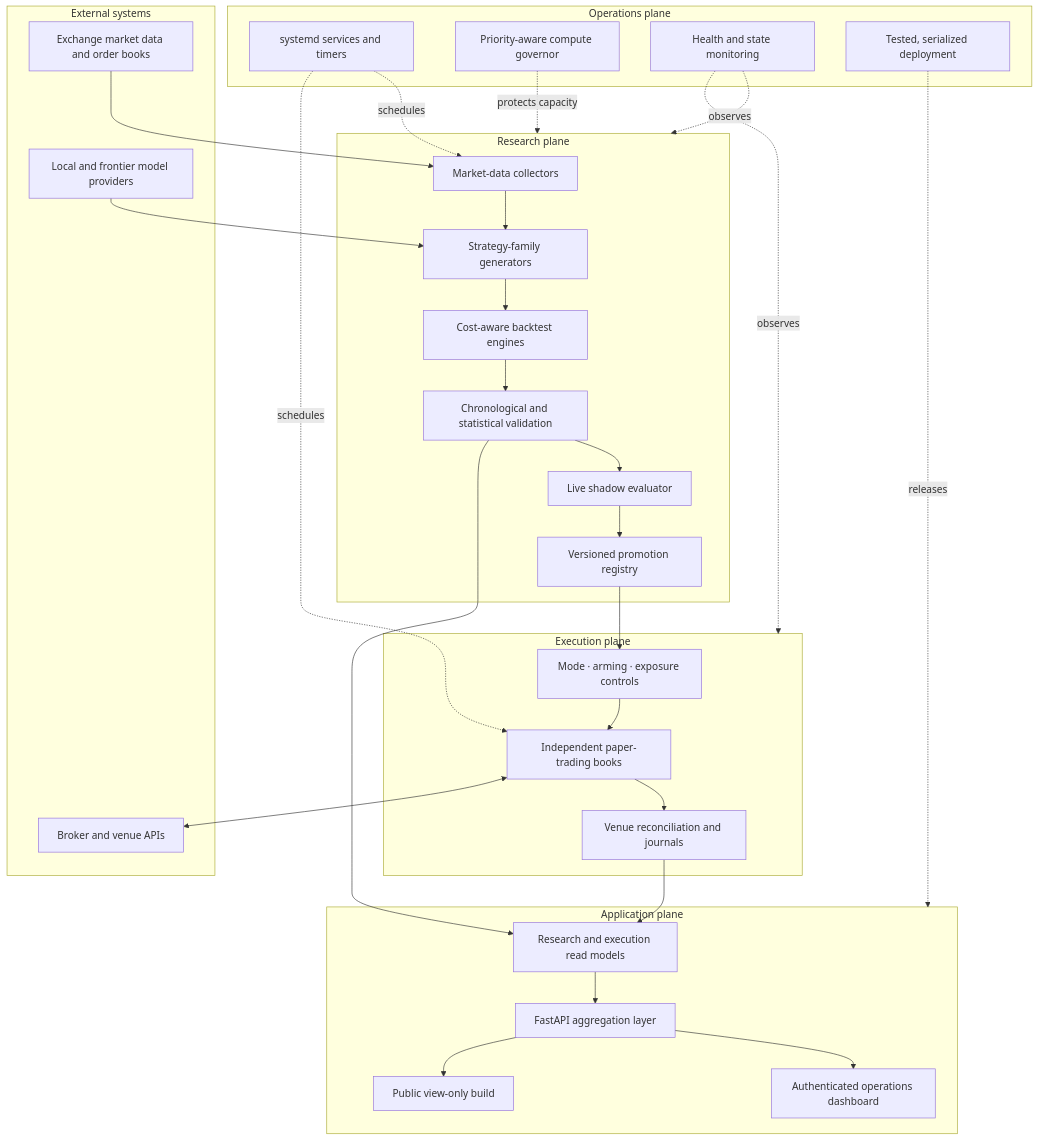
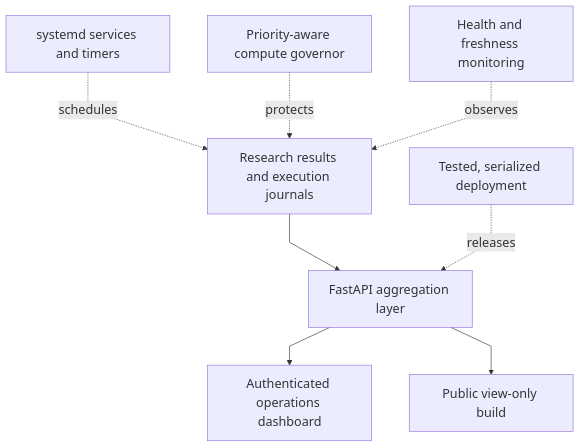
Before and after one commit to rohanjoglekar/forge-demo: the third of 3 diagrams in docs/ARCHITECTURE.md, drawn with Mermaid. The commit also changed other lines of this file and 3 other files, not shown here.

Commit message:
docs: improve diagrams and project narrative

````diff
--- a/docs/ARCHITECTURE.md
+++ b/docs/ARCHITECTURE.md
@@ -13,54 +39,11 @@
 ```mermaid
+%%{init: {"themeVariables": {"fontSize": "20px"}, "flowchart": {"nodeSpacing": 60, "rankSpacing": 60, "curve": "linear"}}}%%
 flowchart TB
-    subgraph external["External systems"]
-        market["Exchange market data and order books"]
-        brokers["Broker and venue APIs"]
-        llms["Local and frontier model providers"]
-    end
-
-    subgraph research["Research plane"]
-        collectors["Market-data collectors"]
-        generators["Strategy-family generators"]
-        backtests["Cost-aware backtest engines"]
-        validation["Chronological and statistical validation"]
-        shadow["Live shadow evaluator"]
-        promotion["Versioned promotion registry"]
-        collectors --> generators --> backtests --> validation --> shadow --> promotion
-    end
-
-    subgraph execution["Execution plane"]
-        books["Independent paper-trading books"]
-        controls["Mode · arming · exposure controls"]
-        reconcile["Venue reconciliation and journals"]
-        controls --> books --> reconcile
-    end
-
-    subgraph product["Application plane"]
-        readmodels["Research and execution read models"]
-        api["FastAPI aggregation layer"]
-        dashboard["Authenticated operations dashboard"]
-        demo["Public view-only build"]
-        readmodels --> api --> dashboard
-        api --> demo
-    end
-
-    subgraph operations["Operations plane"]
-        scheduler["systemd services and timers"]
-        governor["Priority-aware compute governor"]
-        sentinel["Health and state monitoring"]
-        deploy["Tested, serialized deployment"]
-    end
-
-    market --> collectors
-    llms --> generators
-    promotion --> controls
-    books <--> brokers
-    reconcile --> readmodels
-    validation --> readmodels
-    scheduler -. schedules .-> collectors
-    scheduler -. schedules .-> books
-    governor -. protects capacity .-> research
-    sentinel -. observes .-> research
-    sentinel -. observes .-> execution
-    deploy -. releases .-> product
+    state["Research results and execution journals"] --> api["FastAPI aggregation layer"]
+    api --> private["Authenticated operations dashboard"]
+    api --> public["Public view-only build"]
+    scheduler["systemd services and timers"] -. schedules .-> state
+    governor["Priority-aware compute governor"] -. protects .-> state
+    sentinel["Health and freshness monitoring"] -. observes .-> state
+    deploy["Tested, serialized deployment"] -. releases .-> api
 ```
````
